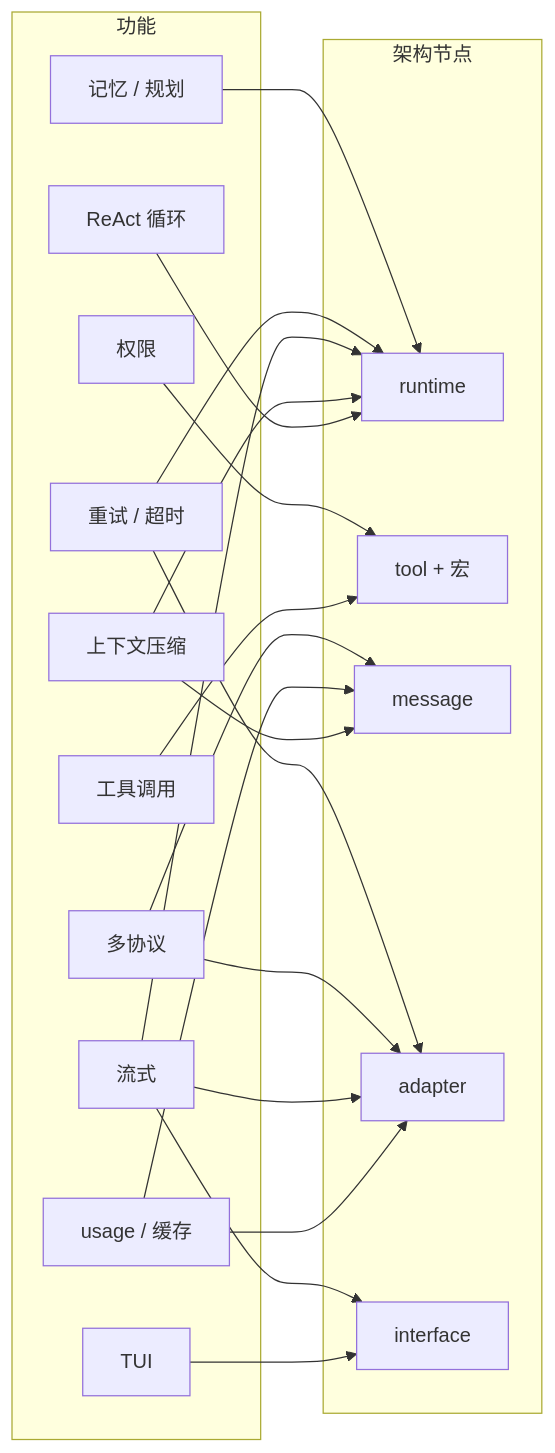
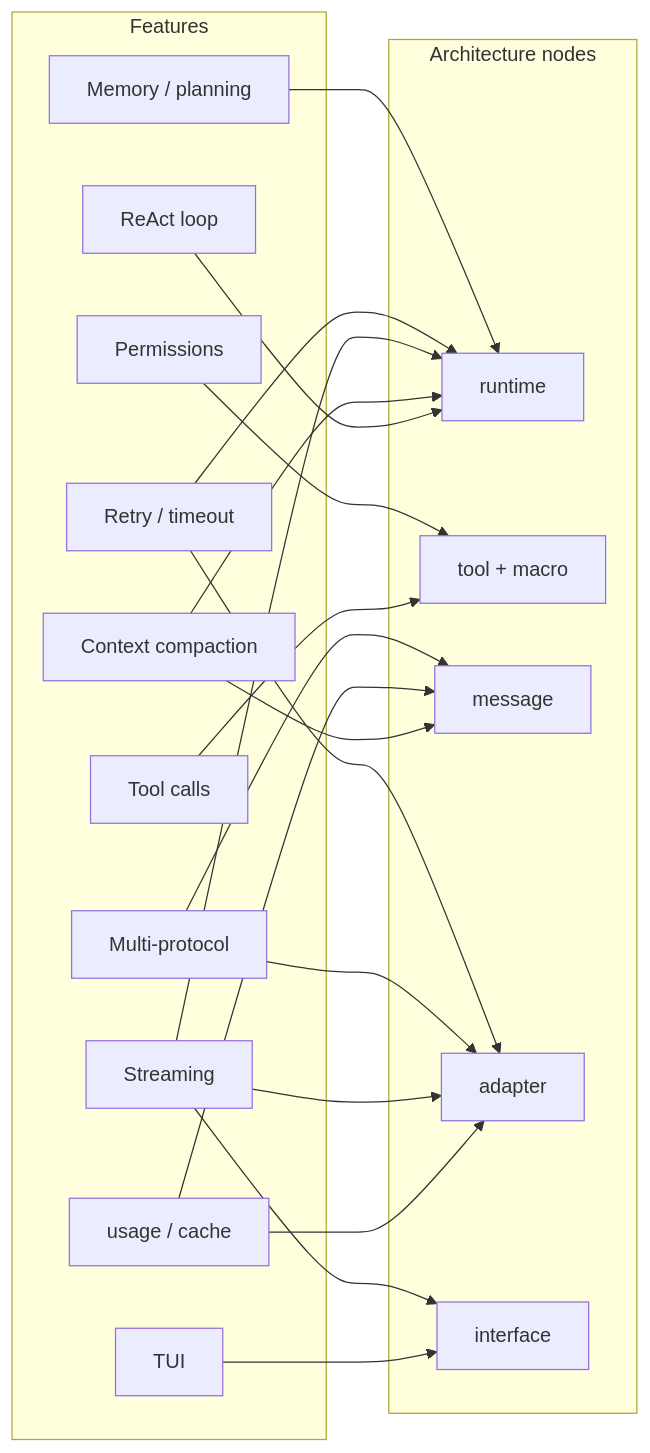
One commit to Seann0824/Shirley changed the ninth of 9 diagrams in docs/architecture.md. Above: the diagram before and after it, drawn with Mermaid. The commit also changed other lines of this file and 131 other files, not shown here.

````diff
--- a/docs/architecture.md
+++ b/docs/architecture.md
@@ -222,40 +222,40 @@
 ```mermaid
 graph LR
-    subgraph FEAT["功能"]
-        F1["ReAct 循环"]
-        F2["工具调用"]
-        F3["上下文压缩"]
-        F4["usage / 缓存"]
+    subgraph FEAT["Features"]
+        F1["ReAct loop"]
+        F2["Tool calls"]
+        F3["Context compaction"]
+        F4["usage / cache"]
         F5["TUI"]
-        F6["流式"]
-        F7["多协议"]
-        F8["权限"]
-        F9["重试 / 超时"]
-        F10["记忆 / 规划"]
+        F6["Streaming"]
+        F7["Multi-protocol"]
+        F8["Permissions"]
+        F9["Retry / timeout"]
+        F10["Memory / planning"]
     end
 
-    subgraph NODE["架构节点"]
+    subgraph NODE["Architecture nodes"]
         N1["runtime"]
-        N2["tool + 宏"]
+        N2["tool + macro"]
         N3["message"]
         N4["adapter"]
         N5["interface"]
     end
 
     F1 --> N1
     F2 --> N2
     F3 --> N1
     F3 --> N3
     F4 --> N3
     F4 --> N4
     F5 --> N5
     F6 --> N4
     F6 --> N1
     F6 --> N5
     F7 --> N4
     F7 --> N3
     F8 --> N2
     F9 --> N4
     F9 --> N1
     F10 --> N1
 ```
````
